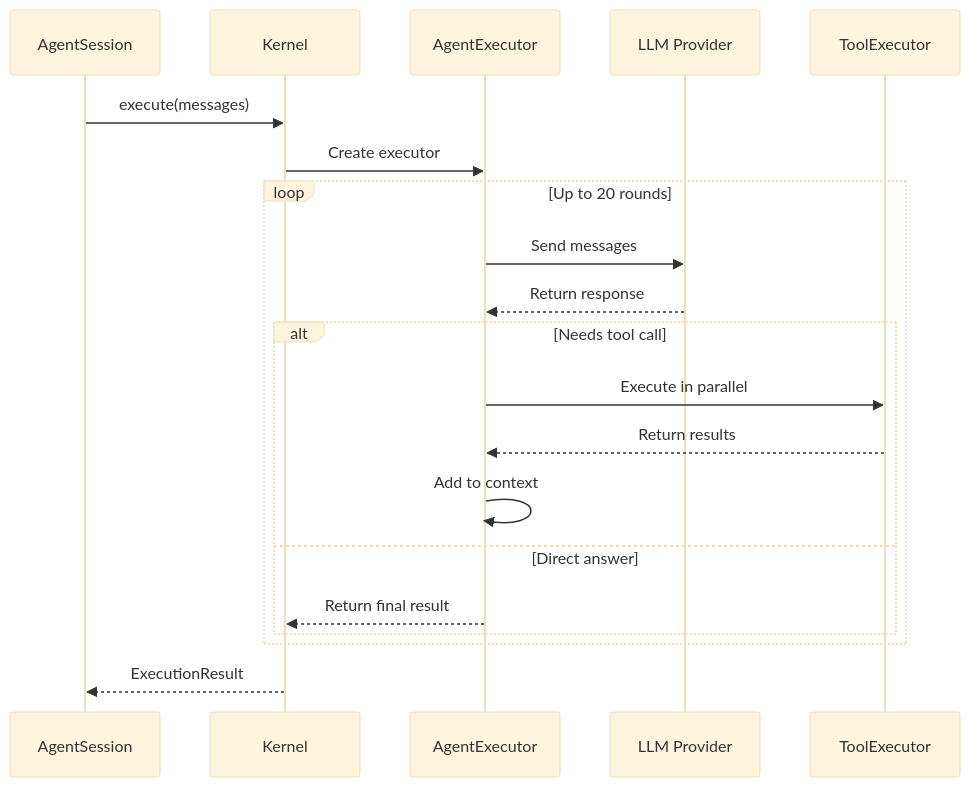
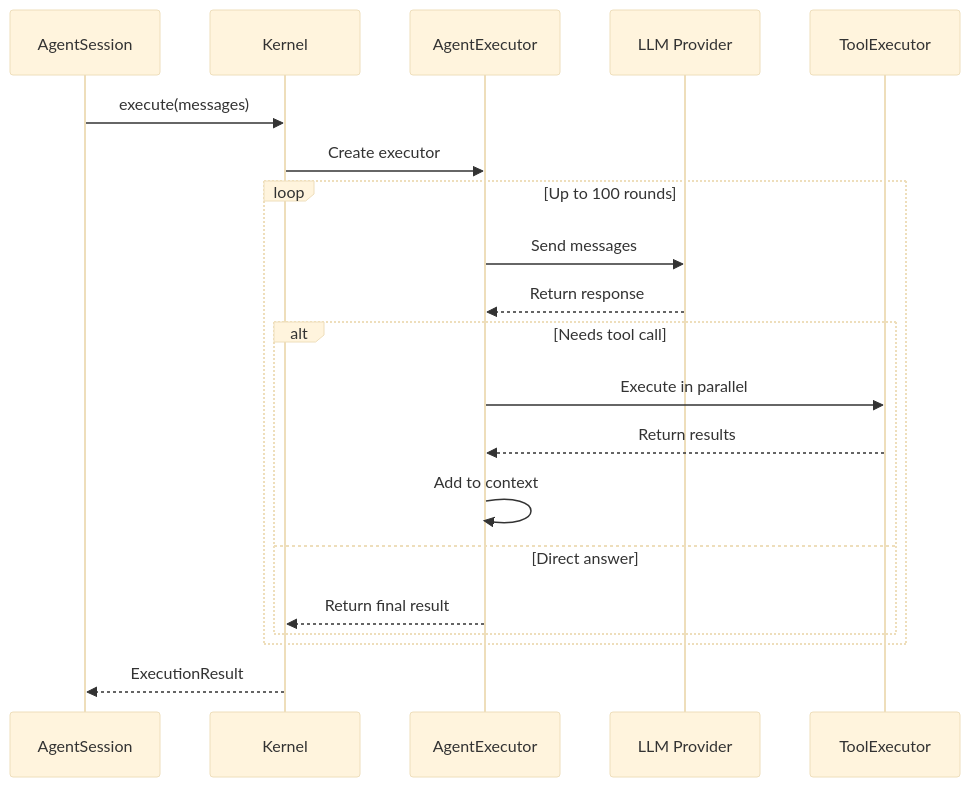
The second of 6 diagrams in docs/kernel-en.md (yeheng/nanobot-rs), drawn with Mermaid (base theme) before and after one commit. The commit also changed other lines of this file and 41 other files, not shown here.

````diff
--- a/docs/kernel-en.md
+++ b/docs/kernel-en.md
@@ -75,23 +75,23 @@
 ```mermaid
 sequenceDiagram
     participant Session as AgentSession
     participant Kernel as Kernel
     participant Executor as AgentExecutor
     participant LLM as LLM Provider
     participant Tools as ToolExecutor
     
     Session->>Kernel: execute(messages)
     Kernel->>Executor: Create executor
-    loop Up to 20 rounds
+    loop Up to 100 rounds
         Executor->>LLM: Send messages
         LLM-->>Executor: Return response
         alt Needs tool call
             Executor->>Tools: Execute in parallel
             Tools-->>Executor: Return results
             Executor->>Executor: Add to context
         else Direct answer
             Executor-->>Kernel: Return final result
         end
     end
     Kernel-->>Session: ExecutionResult
 ```
````
